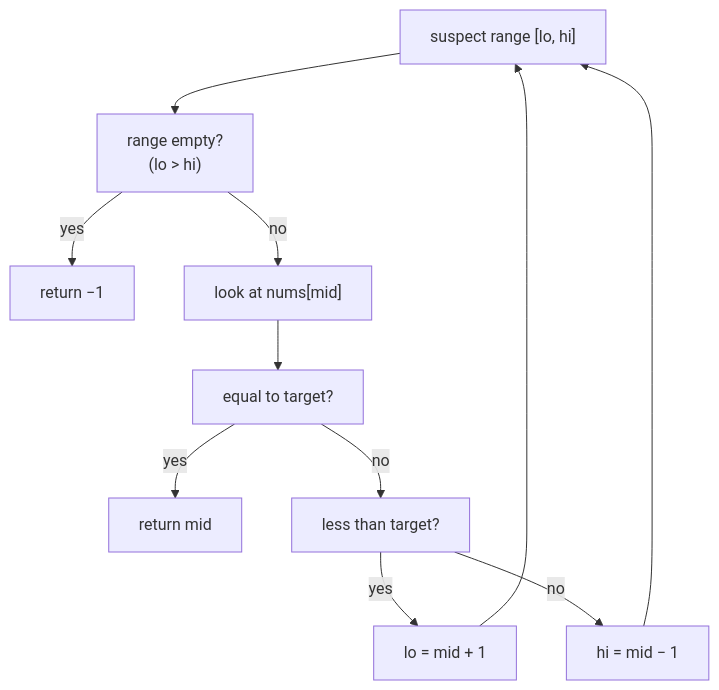
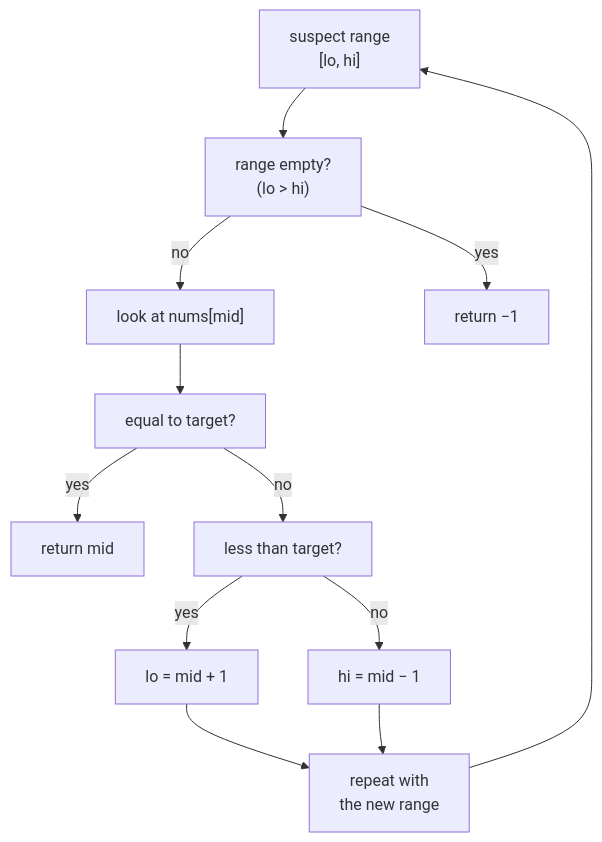
The diagram in content/en/problems/binary-search.md (duongbui234/software-engineering-atlas), drawn with Mermaid before and after one commit. The commit also changed 134 other files, not shown here.

First line of the commit message:
Fit every Mermaid diagram at 390px without sideways scroll (#56)

````diff
--- a/content/en/problems/binary-search.md
+++ b/content/en/problems/binary-search.md
@@ -50,13 +50,13 @@
 ```mermaid
 flowchart TB
-  A["suspect range [lo, hi]"] --> B["range empty?<br/>(lo > hi)"]
+  A["suspect range<br/>[lo, hi]"] --> B["range empty?<br/>(lo > hi)"]
+  B -->|"no"| C["look at nums[mid]"]
   B -->|"yes"| X["return −1"]
-  B -->|"no"| C["look at nums[mid]"]
   C --> D["equal to target?"]
   D -->|"yes"| Y["return mid"]
   D -->|"no"| E["less than target?"]
   E -->|"yes"| F["lo = mid + 1"]
   E -->|"no"| G["hi = mid − 1"]
-  F --> A
-  G --> A
+  F & G --> R["repeat with<br/>the new range"]
+  R --> A
 ```
````
